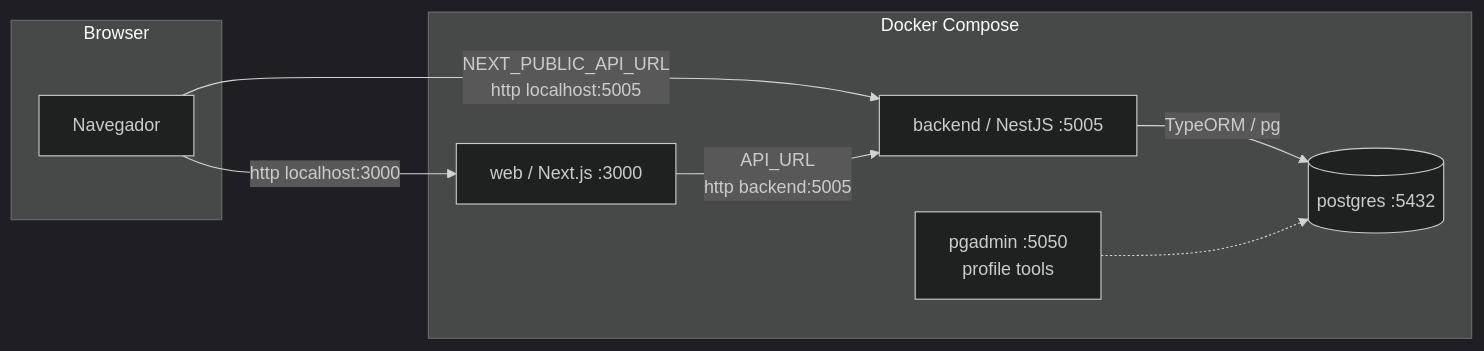
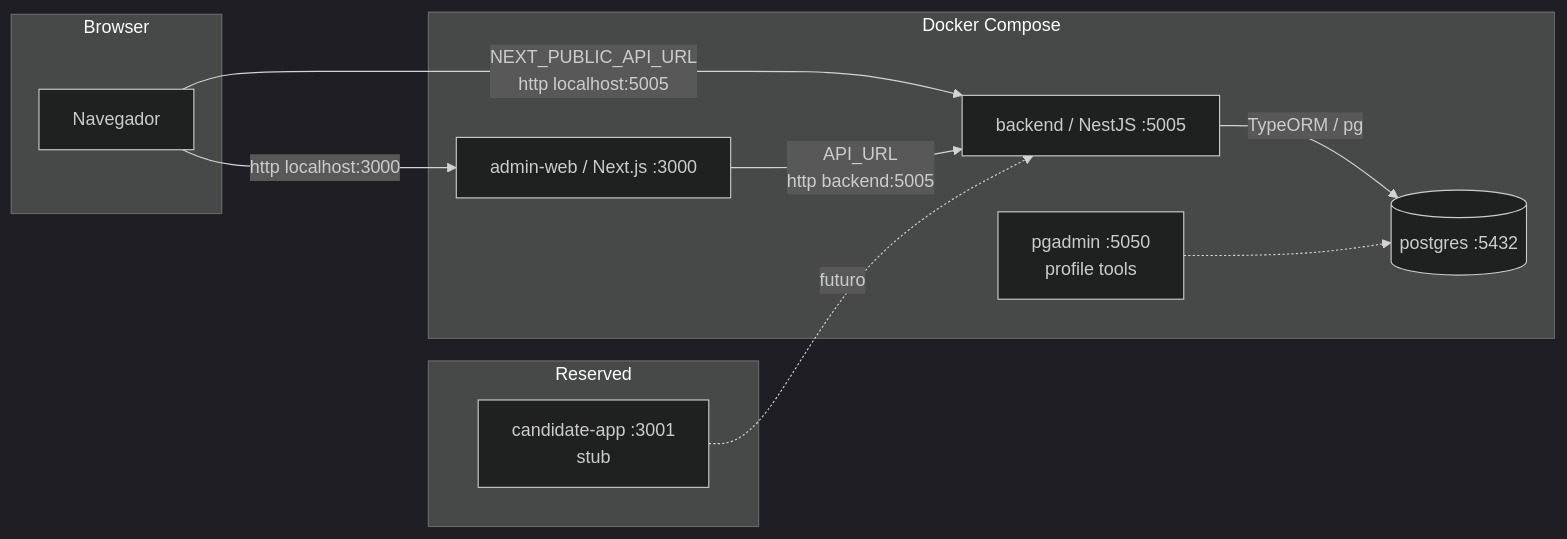
Before and after one commit to what-if-junior/processo-seletivo-inteligente: the first of 2 diagrams in docs/architecture.md, drawn with Mermaid (dark theme). The commit also changed other lines of this file and 72 other files, not shown here.

First line of the commit message:
build(monorepo): 📦 detach turborepo and split admin-web

````diff
--- a/docs/architecture.md
+++ b/docs/architecture.md
@@ -14,18 +14,22 @@
 ```mermaid
 flowchart LR
   subgraph Browser
     B[Navegador]
   end
   subgraph Docker[Docker Compose]
-    W[web / Next.js :3000]
+    W[admin-web / Next.js :3000]
     A[backend / NestJS :5005]
     P[(postgres :5432)]
     G[pgadmin :5050\nprofile tools]
+  end
+  subgraph Reserved
+    C[candidate-app :3001\nstub]
   end
 
   B -->|http localhost:3000| W
   B -->|NEXT_PUBLIC_API_URL\nhttp localhost:5005| A
   W -->|API_URL\nhttp backend:5005| A
+  C -.->|futuro| A
   A -->|TypeORM / pg| P
   G -.-> P
 ```
````
